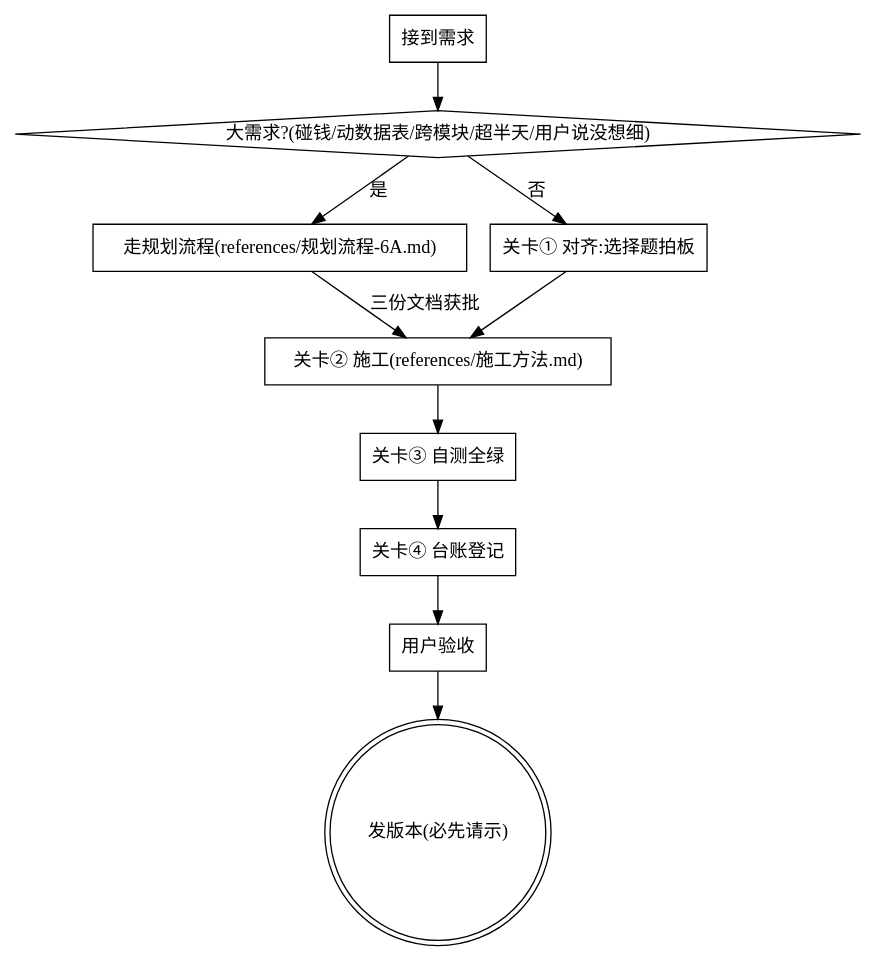
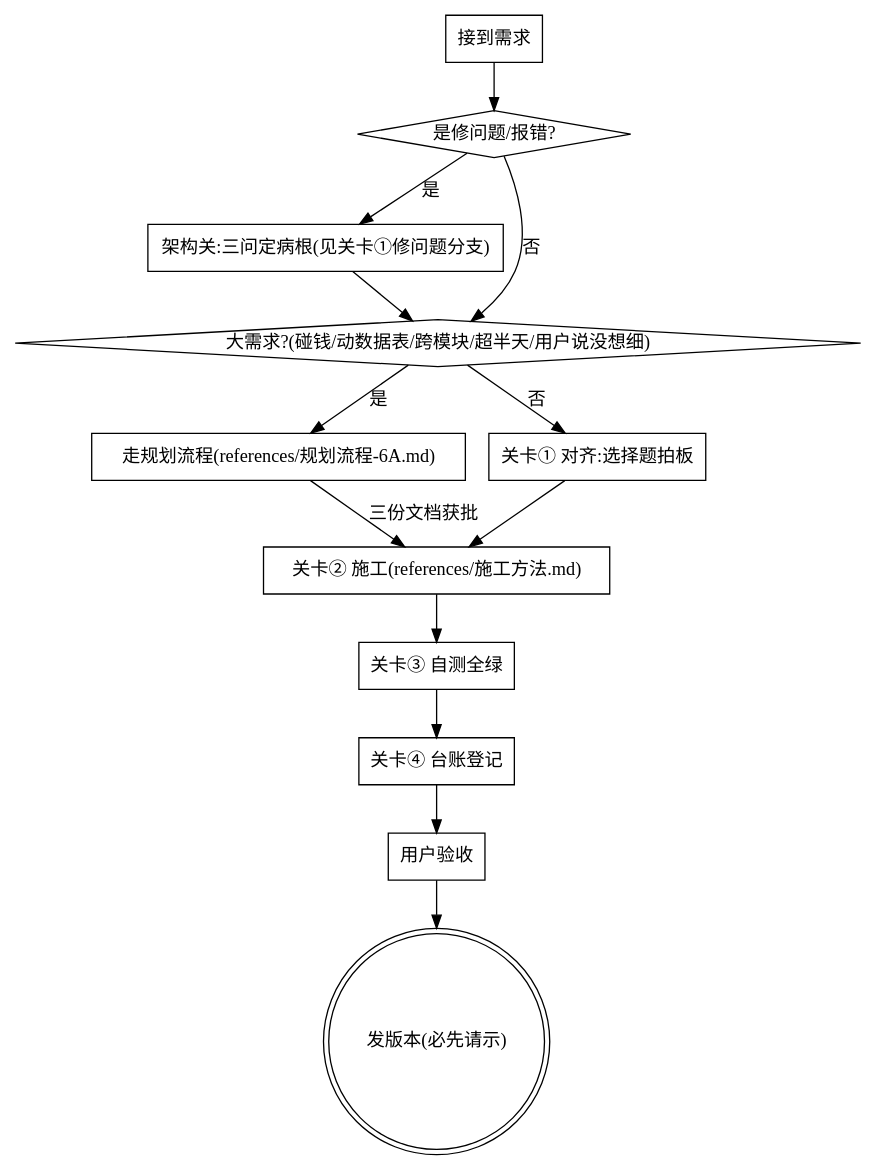
The diagram in vibe-workflow/SKILL.md (Rskyss/vb), drawn with Graphviz before and after one commit. The commit also changed other lines of this file and 1 other file, not shown here.

````diff
--- a/vibe-workflow/SKILL.md
+++ b/vibe-workflow/SKILL.md
@@ -18,23 +18,28 @@
 ```dot
 digraph flow {
     "接到需求" [shape=box];
+    "是修问题/报错?" [shape=diamond];
+    "架构关:三问定病根(见关卡①修问题分支)" [shape=box];
     "大需求?(碰钱/动数据表/跨模块/超半天/用户说没想细)" [shape=diamond];
     "走规划流程(references/规划流程-6A.md)" [shape=box];
     "关卡① 对齐:选择题拍板" [shape=box];
     "关卡② 施工(references/施工方法.md)" [shape=box];
     "关卡③ 自测全绿" [shape=box];
     "关卡④ 台账登记" [shape=box];
     "用户验收" [shape=box];
     "发版本(必先请示)" [shape=doublecircle];
 
-    "接到需求" -> "大需求?(碰钱/动数据表/跨模块/超半天/用户说没想细)";
+    "接到需求" -> "是修问题/报错?";
+    "是修问题/报错?" -> "架构关:三问定病根(见关卡①修问题分支)" [label="是"];
+    "是修问题/报错?" -> "大需求?(碰钱/动数据表/跨模块/超半天/用户说没想细)" [label="否"];
+    "架构关:三问定病根(见关卡①修问题分支)" -> "大需求?(碰钱/动数据表/跨模块/超半天/用户说没想细)";
     "大需求?(碰钱/动数据表/跨模块/超半天/用户说没想细)" -> "走规划流程(references/规划流程-6A.md)" [label="是"];
     "大需求?(碰钱/动数据表/跨模块/超半天/用户说没想细)" -> "关卡① 对齐:选择题拍板" [label="否"];
     "走规划流程(references/规划流程-6A.md)" -> "关卡② 施工(references/施工方法.md)" [label="三份文档获批"];
     "关卡① 对齐:选择题拍板" -> "关卡② 施工(references/施工方法.md)";
     "关卡② 施工(references/施工方法.md)" -> "关卡③ 自测全绿";
     "关卡③ 自测全绿" -> "关卡④ 台账登记";
     "关卡④ 台账登记" -> "用户验收";
     "用户验收" -> "发版本(必先请示)";
 }
 ```
````
